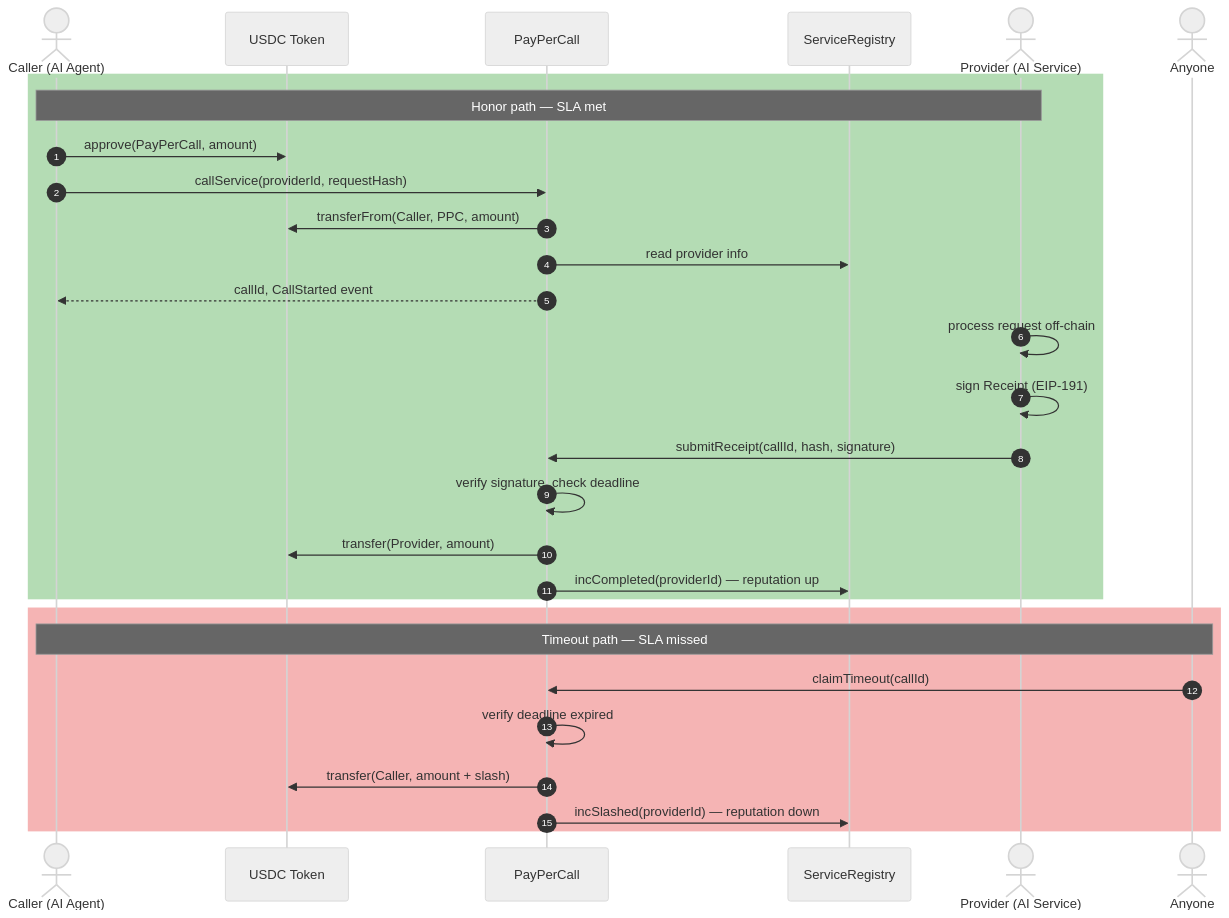
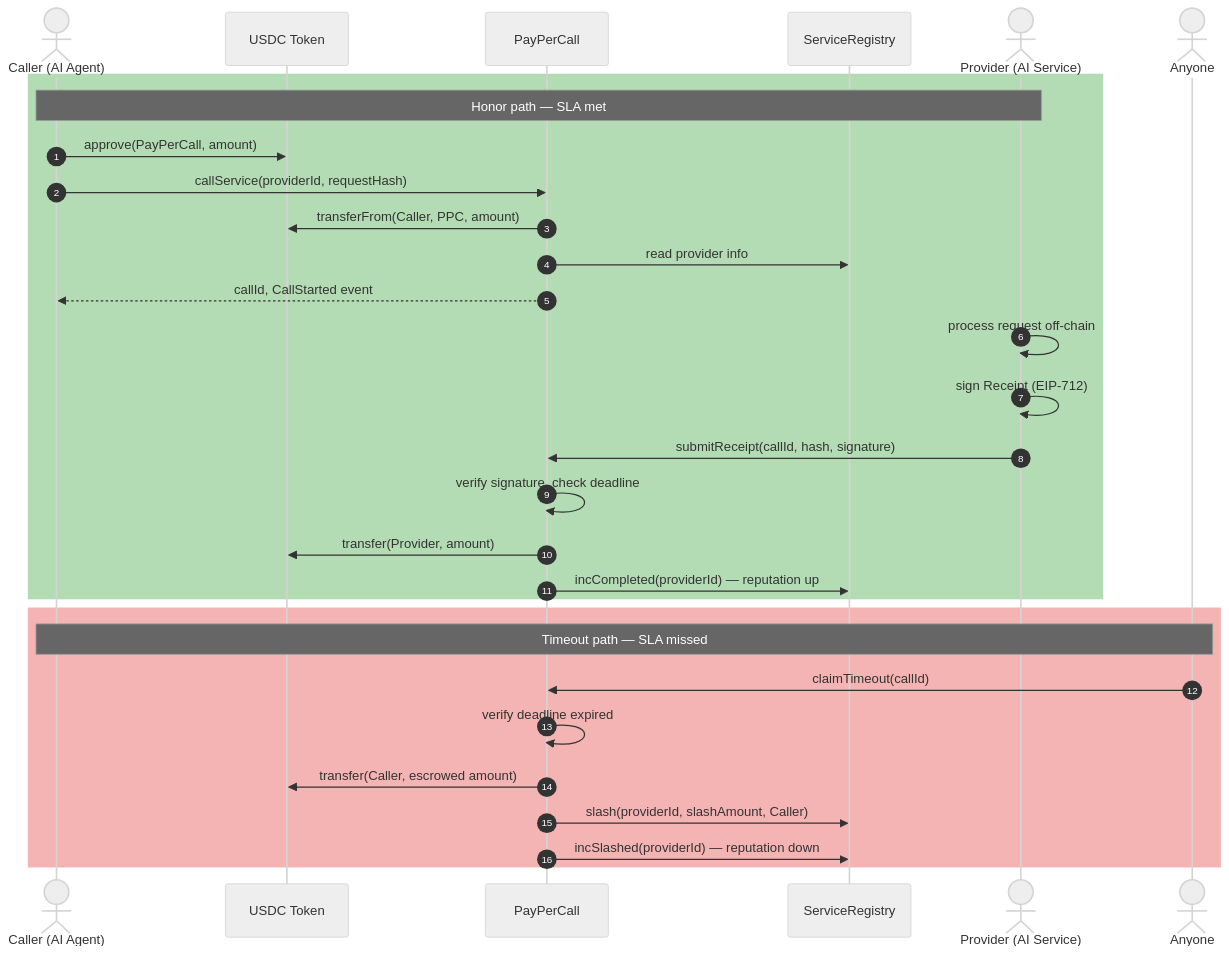
One commit to muazzezwq/CallGuard changed the diagram in README.md. Above: the diagram before and after it, drawn with Mermaid. The commit also changed other lines of this file, not shown here.

````diff
--- a/README.md
+++ b/README.md
@@ -131,38 +198,39 @@
 ```mermaid
 %%{init: {'theme':'neutral'}}%%
 sequenceDiagram
     autonumber
     actor Caller as Caller (AI Agent)
     participant USDC as USDC Token
     participant PPC as PayPerCall
     participant SR as ServiceRegistry
     actor Provider as Provider (AI Service)
     actor Anyone as Anyone
 
     rect rgb(180, 220, 180)
     Note over Caller,Provider: Honor path — SLA met
 
     Caller->>USDC: approve(PayPerCall, amount)
     Caller->>PPC: callService(providerId, requestHash)
     PPC->>USDC: transferFrom(Caller, PPC, amount)
     PPC->>SR: read provider info
     PPC-->>Caller: callId, CallStarted event
 
     Provider->>Provider: process request off-chain
-    Provider->>Provider: sign Receipt (EIP-191)
+    Provider->>Provider: sign Receipt (EIP-712)
 
     Provider->>PPC: submitReceipt(callId, hash, signature)
     PPC->>PPC: verify signature, check deadline
     PPC->>USDC: transfer(Provider, amount)
     PPC->>SR: incCompleted(providerId) — reputation up
     end
 
     rect rgb(245, 180, 180)
     Note over Caller,Anyone: Timeout path — SLA missed
 
     Anyone->>PPC: claimTimeout(callId)
     PPC->>PPC: verify deadline expired
-    PPC->>USDC: transfer(Caller, amount + slash)
+    PPC->>USDC: transfer(Caller, escrowed amount)
+    PPC->>SR: slash(providerId, slashAmount, Caller)
     PPC->>SR: incSlashed(providerId) — reputation down
     end
 ```
````
